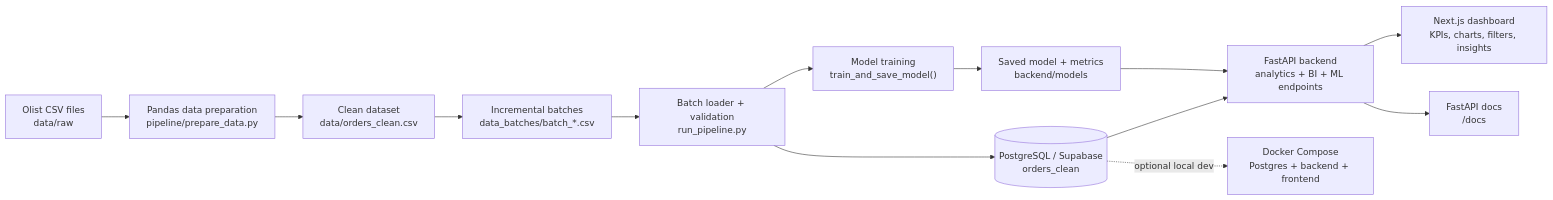
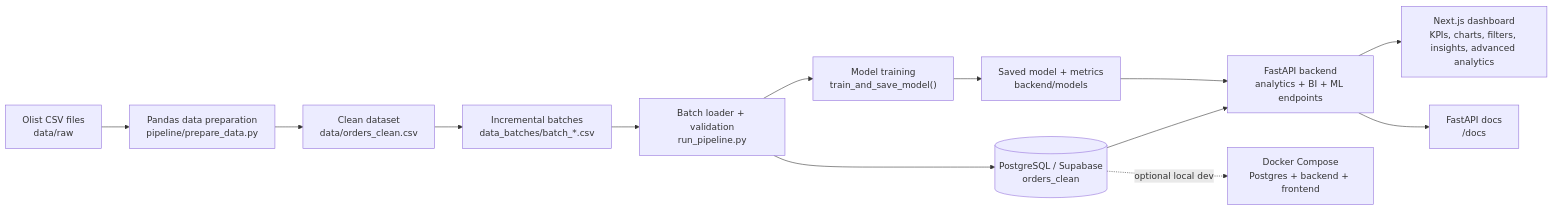
The diagram in README.md (Somendran/Real-Time-E-commerce-Analytics-System), drawn with Mermaid before and after one commit. The commit also changed other lines of this file and 5 other files, not shown here.

Commit message:
feat: add advanced analytics features including cohort retention, revenue decomposition, churn risk, anomaly explanation, and customer LTV

````diff
--- a/README.md
+++ b/README.md
@@ -53,15 +53,15 @@
 ```mermaid
 flowchart LR
     raw["Olist CSV files<br/>data/raw"] --> prep["Pandas data preparation<br/>pipeline/prepare_data.py"]
     prep --> clean["Clean dataset<br/>data/orders_clean.csv"]
     clean --> batches["Incremental batches<br/>data_batches/batch_*.csv"]
     batches --> loader["Batch loader + validation<br/>run_pipeline.py"]
     loader --> db[("PostgreSQL / Supabase<br/>orders_clean")]
     loader --> train["Model training<br/>train_and_save_model()"]
     train --> artifact["Saved model + metrics<br/>backend/models"]
     db --> api["FastAPI backend<br/>analytics + BI + ML endpoints"]
     artifact --> api
-    api --> ui["Next.js dashboard<br/>KPIs, charts, filters, insights"]
+    api --> ui["Next.js dashboard<br/>KPIs, charts, filters, insights, advanced analytics"]
     api --> docs["FastAPI docs<br/>/docs"]
     db -. "optional local dev" .-> docker["Docker Compose<br/>Postgres + backend + frontend"]
 ```
````
